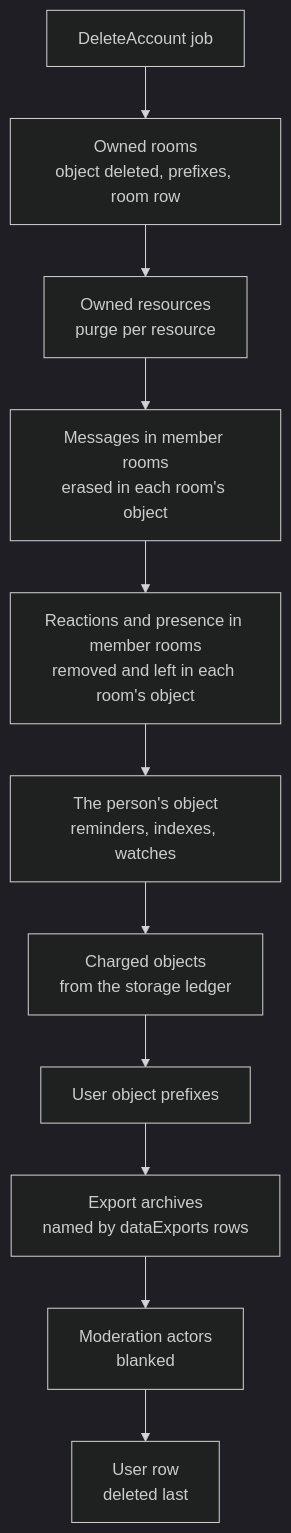
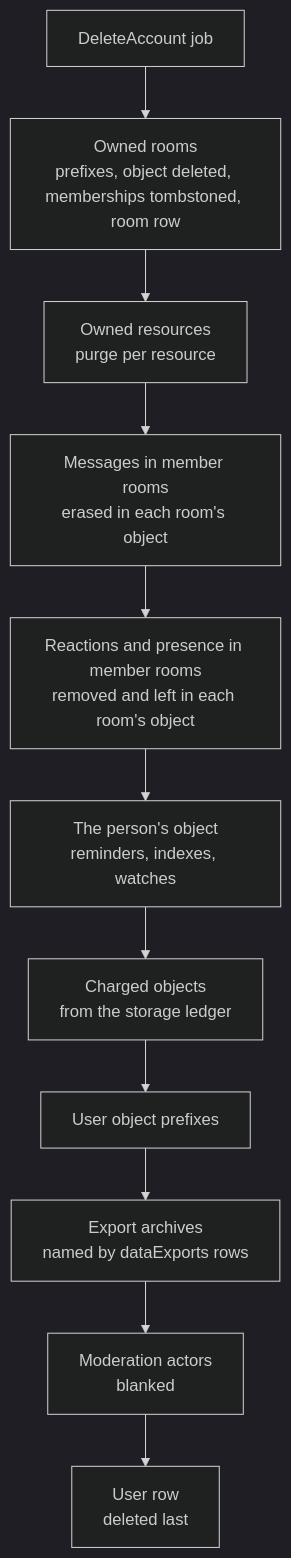
One commit to Esposter/Esposter changed the second of 2 diagrams in openspec/specs/user/account-deletion/design.md. Above: the diagram before and after it, drawn with Mermaid (dark theme). The commit also changed other lines of this file and 22 other files, not shown here.

First line of the commit message:
feat: the isolated architecture roadmap items are closed

````diff
--- a/openspec/specs/user/account-deletion/design.md
+++ b/openspec/specs/user/account-deletion/design.md
@@ -34,13 +34,13 @@
 ```mermaid
 flowchart TD
-  Job["DeleteAccount job"] --> Rooms["Owned rooms<br/>object deleted, prefixes, room row"]
+  Job["DeleteAccount job"] --> Rooms["Owned rooms<br/>prefixes, object deleted, memberships tombstoned, room row"]
   Rooms --> Resources["Owned resources<br/>purge per resource"]
   Resources --> Messages["Messages in member rooms<br/>erased in each room's object"]
   Messages --> Reactions["Reactions and presence in member rooms<br/>removed and left in each room's object"]
   Reactions --> Person["The person's object<br/>reminders, indexes, watches"]
   Person --> Charged["Charged objects<br/>from the storage ledger"]
   Charged --> Prefixes["User object prefixes"]
   Prefixes --> Exports["Export archives<br/>named by dataExports rows"]
   Exports --> Actors["Moderation actors<br/>blanked"]
   Actors --> User["User row<br/>deleted last"]
 ```
````
